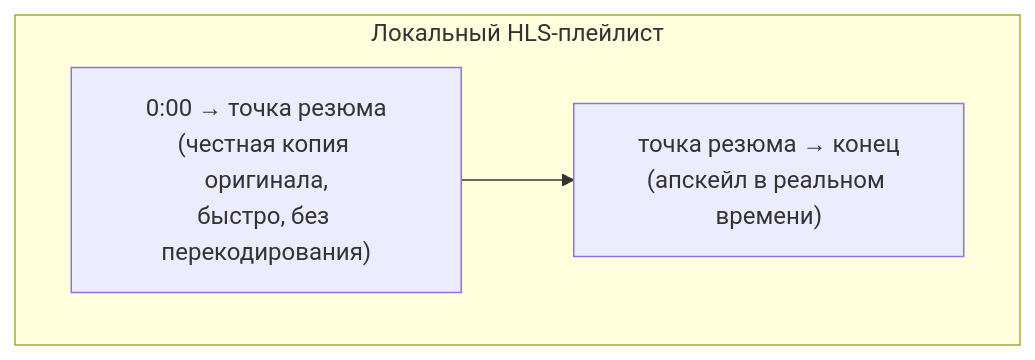
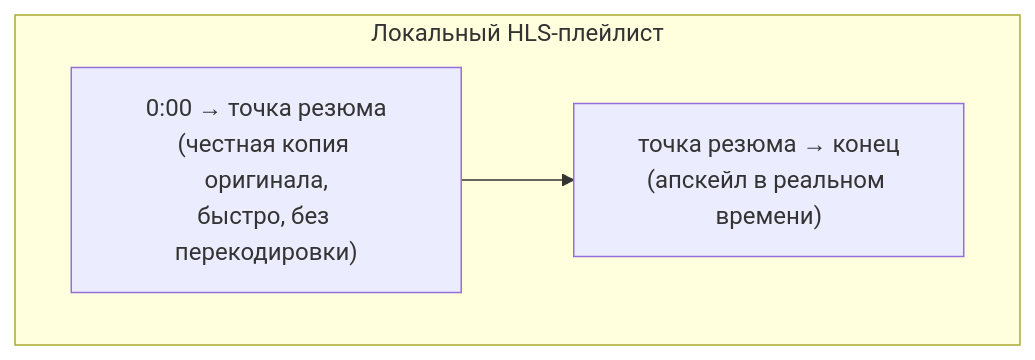
One commit to ItsRainingToday/XUpscaleNode changed the second of 2 diagrams in README.md. Above: the diagram before and after it, drawn with Mermaid.

````diff
--- a/README.md
+++ b/README.md
@@ -83,9 +83,9 @@
 ```mermaid
 flowchart LR
     subgraph timeline["Локальный HLS-плейлист"]
         direction LR
-        P["0:00 → точка резюма\n(честная копия оригинала,\nбыстро, без перекодирования)"]
+        P["0:00 → точка резюма\n(честная копия оригинала,\nбыстро, без перекодировки)"]
         T["точка резюма → конец\n(апскейл в реальном времени)"]
         P --> T
     end
 ```
````
